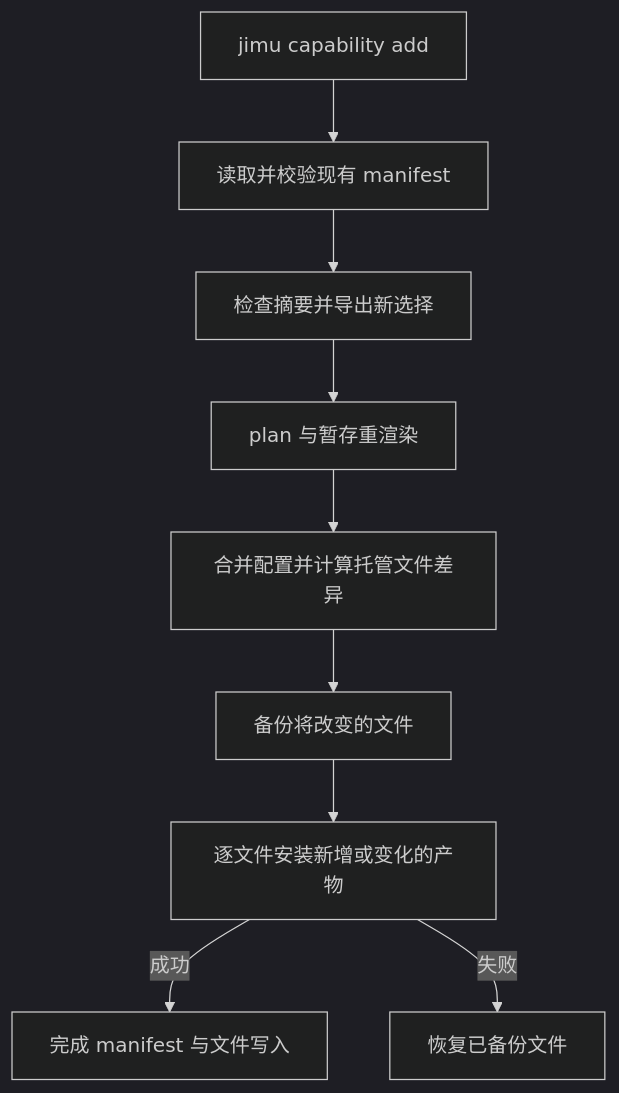
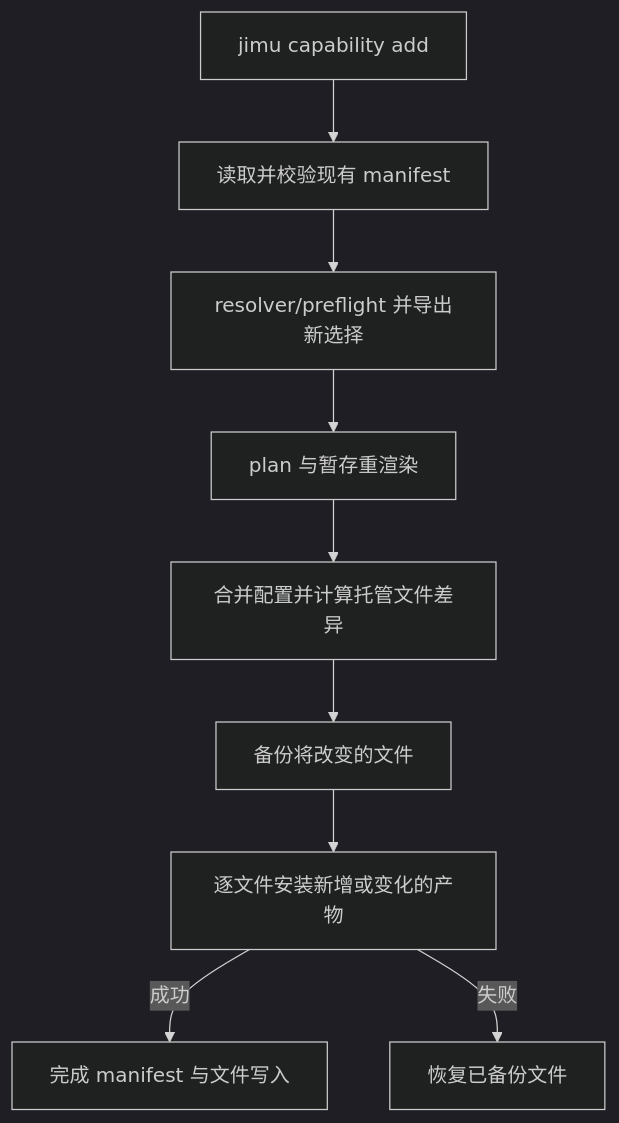
The third of 3 diagrams in docs/design/profiles-and-project-generation.md (wangkuntian/jimu), drawn with Mermaid (dark theme) before and after one commit. The commit also changed other lines of this file and 98 other files, not shown here.

````diff
--- a/docs/design/profiles-and-project-generation.md
+++ b/docs/design/profiles-and-project-generation.md
@@ -79,11 +81,11 @@
 ```mermaid
 flowchart TD
     CLI[jimu capability add] --> L[读取并校验现有 manifest]
-    L --> X[检查摘要并导出新选择]
+    L --> X[resolver/preflight 并导出新选择]
     X --> P[plan 与暂存重渲染]
     P --> M[合并配置并计算托管文件差异]
     M --> B[备份将改变的文件]
     B --> I[逐文件安装新增或变化的产物]
     I -->|成功| D[完成 manifest 与文件写入]
     I -->|失败| R[恢复已备份文件]
 ```
````
